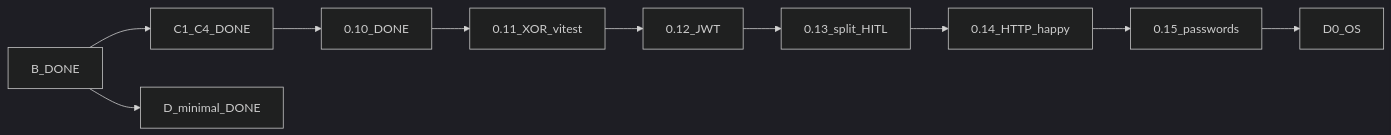
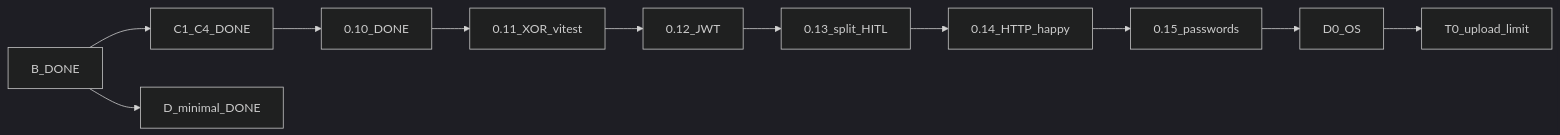
The diagram in docs/PLAN-REALIZACJA.md (Spawn2018/OmniRoute), drawn with Mermaid (dark theme) before and after one commit. The commit also changed other lines of this file and 13 other files, not shown here.

````diff
--- a/docs/PLAN-REALIZACJA.md
+++ b/docs/PLAN-REALIZACJA.md
@@ -8,12 +8,13 @@
 ```mermaid
 flowchart LR
   doneB[B_DONE] --> doneC[C1_C4_DONE]
   doneC --> doneC5[0.10_DONE]
   doneC5 --> doneXor[0.11_XOR_vitest]
   doneXor --> doneJwt[0.12_JWT]
   doneJwt --> doneSplit[0.13_split_HITL]
   doneSplit --> doneHttp[0.14_HTTP_happy]
   doneHttp --> donePwd[0.15_passwords]
-  donePwd --> next[D0_OS]
+  donePwd --> doneD0[D0_OS]
+  doneD0 --> next[T0_upload_limit]
   doneB --> doneD[D_minimal_DONE]
 ```
````
